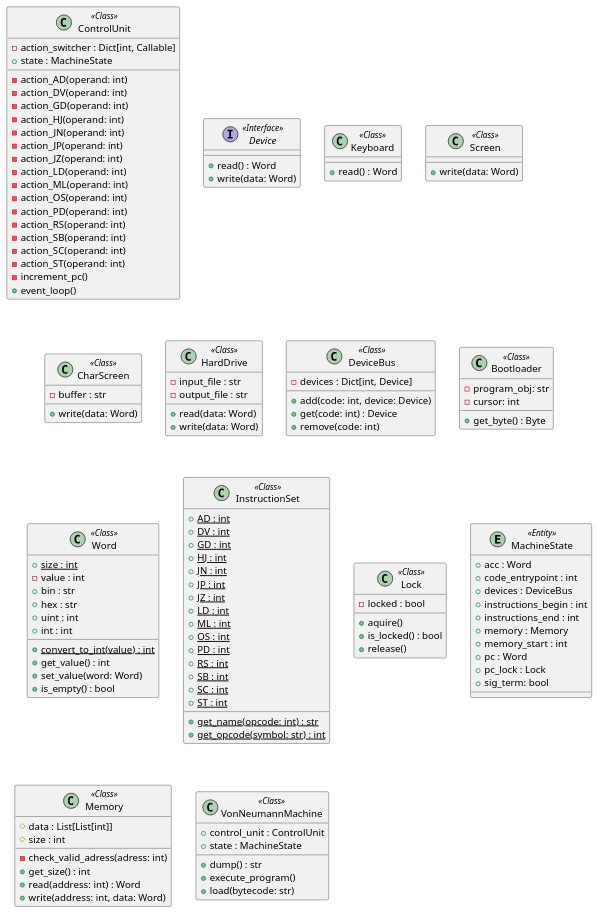
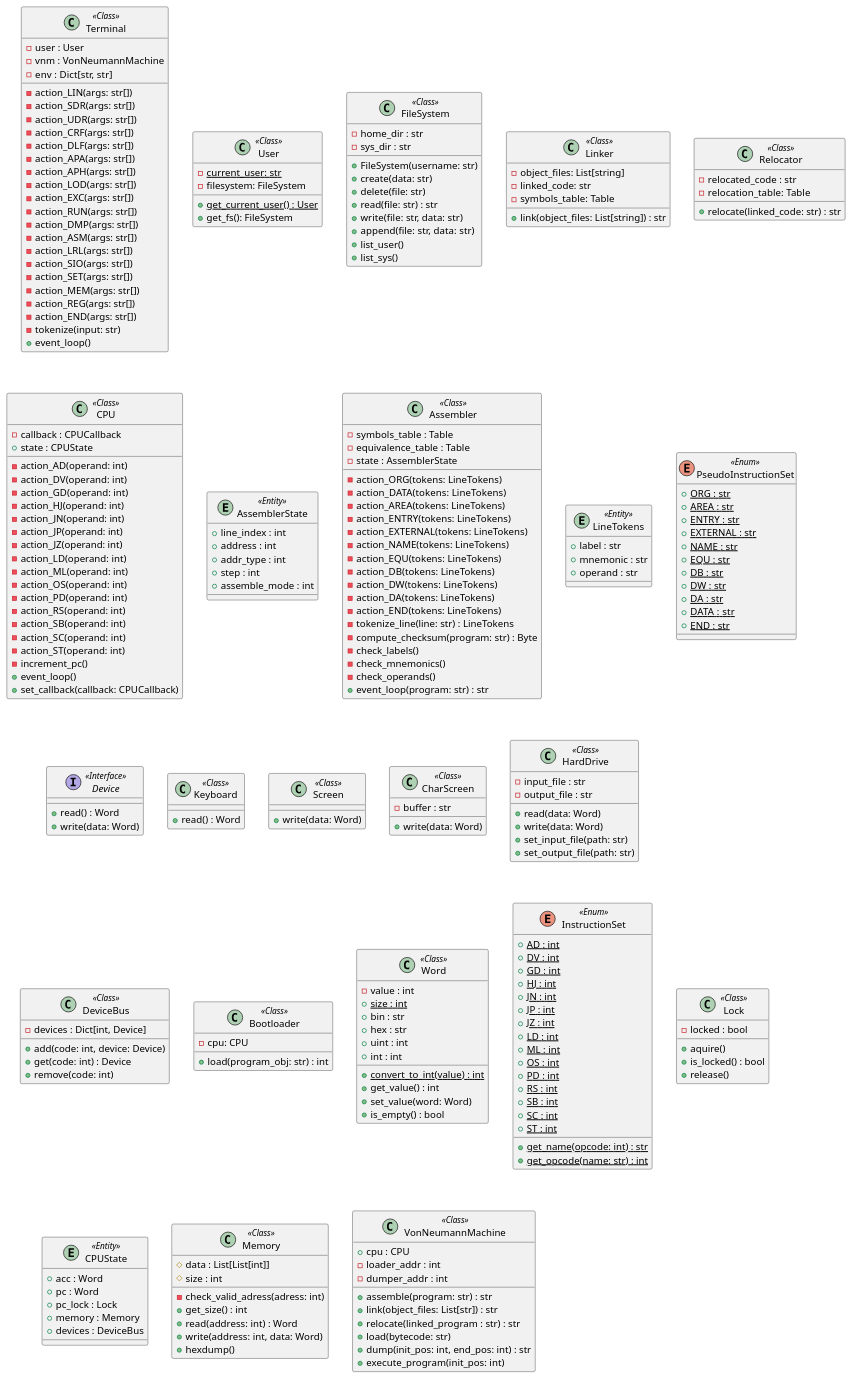
The diagram in uml/classes.iuml (nmcardoso/von-neumann-machine), drawn with PlantUML before and after one commit. The commit also changed 35 other files, not shown here.

Commit message:
:pencil: diagramas

```diff
--- a/uml/classes.iuml
+++ b/uml/classes.iuml
@@ -1,13 +1,79 @@
 @startuml classes
 set namespaceSeparator none
+
+''''''''''''''''''''''''''''''''''''''''''
+'''''''''''''' PACKAGE: CLI ''''''''''''''
+''''''''''''''''''''''''''''''''''''''''''
+
+class "Terminal" as pyvnm.system.cli.Terminal <<Class>> {
+  -user : User
+  -vnm : VonNeumannMachine
+  -env : Dict[str, str]
+  -action_LIN(args: str[])
+  -action_SDR(args: str[])
+  -action_UDR(args: str[])
+  -action_CRF(args: str[])
+  -action_DLF(args: str[])
+  -action_APA(args: str[])
+  -action_APH(args: str[])
+  -action_LOD(args: str[])
+  -action_EXC(args: str[])
+  -action_RUN(args: str[])
+  -action_DMP(args: str[])
+  -action_ASM(args: str[])
+  -action_LRL(args: str[])
+  -action_SIO(args: str[])
+  -action_SET(args: str[])
+  -action_MEM(args: str[])
+  -action_REG(args: str[])
+  -action_END(args: str[])
+  -tokenize(input: str)
+  +event_loop()
+}
+
+
+class "User" as pyvnm.system.user.User <<Class>> {
+  -{static}current_user: str
+  -filesystem: FileSystem
+  +{static}get_current_user() : User
+  +get_fs(): FileSystem
+}
+
+
+class "FileSystem" as pyvnm.system.fs.FileSytem <<Class>> {
+  -home_dir : str
+  -sys_dir : str
+  +FileSystem(username: str)
+  +create(data: str)
+  +delete(file: str)
+  +read(file: str) : str
+  +write(file: str, data: str)
+  +append(file: str, data: str)
+  +list_user()
+  +list_sys()
+}
+
+class "Linker" as pyvnm.system.linker.Linker <<Class>> {
+  -object_files: List[string]
+  -linked_code: str
+  -symbols_table: Table
+  +link(object_files: List[string]) : str
+}
+
+class "Relocator" as pyvnm.system.relocator.Relocator <<Class>> {
+  -relocated_code : str
+  -relocation_table: Table
+  +relocate(linked_code: str) : str
+}
+
 
 ''''''''''''''''''''''''''''''''''''''''''''''
 '''''''''''''' PACKAGE: CONTROL ''''''''''''''
 ''''''''''''''''''''''''''''''''''''''''''''''
 
-class "ControlUnit" as pyvnm.vm.control.ControlUnit <<Class>> {
-  -action_switcher : Dict[int, Callable]
-  +state : MachineState
+class "CPU" as pyvnm.vm.control.CPU <<Class>> {
+  -callback : CPUCallback
+  +state : CPUState
   -action_AD(operand: int)
   -action_DV(operand: int)
   -action_GD(operand: int)
@@ -25,6 +91,63 @@
   -action_ST(operand: int)
   -increment_pc()
   +event_loop()
+  +set_callback(callback: CPUCallback)
+}
+
+
+''''''''''''''''''''''''''''''''''''''''''''''''
+'''''''''''''' PACKAGE: ASSEMBLER ''''''''''''''
+''''''''''''''''''''''''''''''''''''''''''''''''
+
+entity "AssemblerState" as pyvnm.system.assembler.AssemblerState <<Entity>> {
+  +line_index : int
+  +address : int
+  +addr_type : int
+  +step : int
+  +assemble_mode : int
+}
+
+class "Assembler" as pyvnm.system.assembler.Assembler <<Class>> {
+  -symbols_table : Table
+  -equivalence_table : Table
+  -state : AssemblerState
+  -action_ORG(tokens: LineTokens)
+  -action_DATA(tokens: LineTokens)
+  -action_AREA(tokens: LineTokens)
+  -action_ENTRY(tokens: LineTokens)
+  -action_EXTERNAL(tokens: LineTokens)
+  -action_NAME(tokens: LineTokens)
+  -action_EQU(tokens: LineTokens)
+  -action_DB(tokens: LineTokens)
+  -action_DW(tokens: LineTokens)
+  -action_DA(tokens: LineTokens)
+  -action_END(tokens: LineTokens)
+  -tokenize_line(line: str) : LineTokens
+  -compute_checksum(program: str) : Byte
+  -check_labels()
+  -check_mnemonics()
+  -check_operands()
+  +event_loop(program: str) : str
+}
+
+entity "LineTokens" as pyvnm.system.assembler.LineTokens <<Entity>> {
+  +label : str
+  +mnemonic : str
+  +operand : str
+}
+
+enum "PseudoInstructionSet" as pyvnm.system.assembler.PseudoInstructionSet <<Enum>> {
+  +{static}ORG : str
+  +{static}AREA : str
+  +{static}ENTRY : str
+  +{static}EXTERNAL : str
+  +{static}NAME : str
+  +{static}EQU : str
+  +{static}DB : str
+  +{static}DW : str
+  +{static}DA : str
+  +{static}DATA : str
+  +{static}END : str
 }
 
 
@@ -55,6 +178,8 @@
   -output_file : str
   +read(data: Word)
   +write(data: Word)
+  +set_input_file(path: str)
+  +set_output_file(path: str)
 }
 
 class "DeviceBus" as pyvnm.vm.device.DeviceBus <<Class>> {
@@ -65,40 +190,13 @@
 }
 
 
-'''''''''''''''''''''''''''''''''''''''''''''
-'''''''''''''' PACKAGE: LOADER ''''''''''''''
-'''''''''''''''''''''''''''''''''''''''''''''
-
-' class "Loader" as pyvnm.system.loader.Loader <<Class>> {
-'   -bytecode : str
-'   -input_base : str
-'   -state : MachineState
-'   -words : List[str]
-'   -get_instructions_range()
-'   +load()
-' }
-
-
-'''''''''''''''''''''''''''''''''''''''''''''
-'''''''''''''' PACKAGE: DUMPER ''''''''''''''
-'''''''''''''''''''''''''''''''''''''''''''''
-
-' class "Dumper" as pyvnm.system.loader.Dumper <<Class>> {
-'   -output_base : str
-'   -output_path : Path
-'   -state : MachineState
-'   +dump() : str
-' }
-
-
 '''''''''''''''''''''''''''''''''''''''''''''''''
 '''''''''''''' PACKAGE: BOOTLOADER ''''''''''''''
 '''''''''''''''''''''''''''''''''''''''''''''''''
 
 class "Bootloader" as pyvnm.system.bootloader.Bootloader <<Class>> {
-  -program_obj: str
-  -cursor: int
-  +get_byte() : Byte
+  -cpu: CPU
+  +load(program_obj: str) : int
 }
 
 
@@ -107,8 +205,8 @@
 ''''''''''''''''''''''''''''''''''''''''''
 
 class "Word" as pyvnm.vm.isa.Word <<Class>> {
+  -value : int
   +{static}size : int
-  -value : int
   +bin : str
   +hex : str
   +uint : int
@@ -127,7 +225,7 @@
 '   ' +{static}build(opcode: int, operand: int) : Instruction
 ' }
 
-class "InstructionSet" as pyvnm.vm.isa.InstructionSet <<Class>> {
+enum "InstructionSet" as pyvnm.vm.isa.InstructionSet <<Enum>> {
   +{static}AD : int
   +{static}DV : int
   +{static}GD : int
@@ -144,7 +242,7 @@
   +{static}SC : int
   +{static}ST : int
   +{static}get_name(opcode: int) : str
-  +{static}get_opcode(symbol: str) : int
+  +{static}get_opcode(name: str) : int
 }
 
 
@@ -164,17 +262,12 @@
 '''''''''''''' PACKAGE: STATE ''''''''''''''
 ''''''''''''''''''''''''''''''''''''''''''''
 
-entity "MachineState" as pyvnm.vm.state.MachineState <<Entity>> {
+entity "CPUState" as pyvnm.vm.state.CPUState <<Entity>> {
   +acc : Word
-  +code_entrypoint : int
-  +devices : DeviceBus
-  +instructions_begin : int
-  +instructions_end : int
-  +memory : Memory
-  +memory_start : int
   +pc : Word
   +pc_lock : Lock
-  +sig_term: bool
+  +memory : Memory
+  +devices : DeviceBus
 }
 
 
@@ -189,6 +282,7 @@
   +get_size() : int
   +read(address: int) : Word
   +write(address: int, data: Word)
+  +hexdump()
 }
 
 
@@ -197,10 +291,14 @@
 ''''''''''''''''''''''''''''''''''''''''''
 
 class "VonNeumannMachine" as pyvnm.vm.vnm.VonNeumannMachine <<Class>> {
-  +control_unit : ControlUnit
-  +state : MachineState
-  +dump() : str
-  +execute_program()
+  +cpu : CPU
+  -loader_addr : int
+  -dumper_addr : int
+  +assemble(program: str) : str
+  +link(object_files: List[str]) : str
+  +relocate(linked_program : str) : str
   +load(bytecode: str)
+  +dump(init_pos: int, end_pos: int) : str
+  +execute_program(init_pos: int)
 }
 @enduml
```
